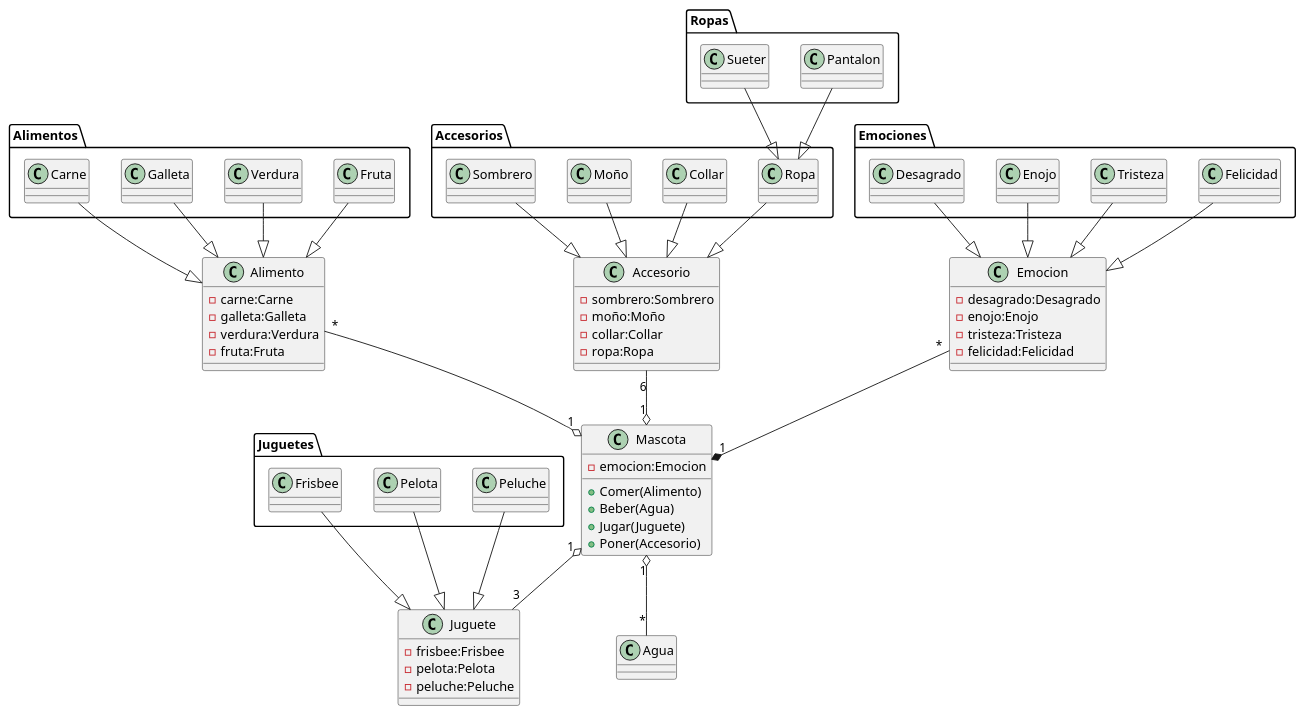
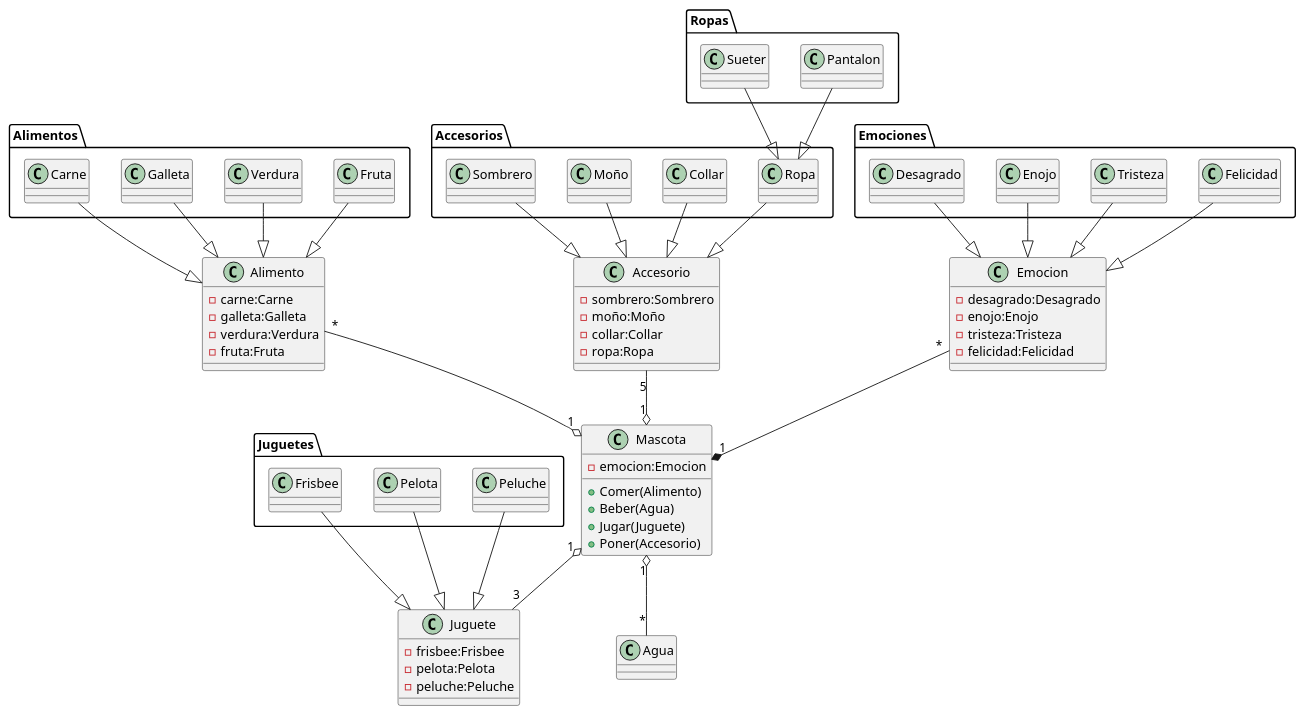
One commit to AAD23110162/Hola-Mundo changed the diagram in docs/mascota.puml. Above: the diagram before and after it, drawn with PlantUML. The commit also changed 2 other files, not shown here.

```diff
--- a/docs/mascota.puml
+++ b/docs/mascota.puml
@@ -1,106 +1,106 @@
 @startuml mascota 
 
 class Mascota
 {
     -emocion:Emocion
     +Comer(Alimento)
     +Beber(Agua)
     +Jugar(Juguete)
     +Poner(Accesorio)
 
 }
 
 class Alimento
 {
     -carne:Carne
     -galleta:Galleta
     -verdura:Verdura
     -fruta:Fruta
 }
 class Juguete
 {
     -frisbee:Frisbee
     -pelota:Pelota
     -peluche:Peluche
 }
 
 class Accesorio
 {
     -sombrero:Sombrero
     -moño:Moño
     -collar:Collar
     -ropa:Ropa
 }
 
 class Emocion
 {
     -desagrado:Desagrado
     -enojo:Enojo
     -tristeza:Tristeza
     -felicidad:Felicidad
 }
 
 package Emociones
 {
     Class Felicidad
     Class Tristeza 
     Class Enojo
     Class Desagrado
 }
 
 package Alimentos
 {
     Class Fruta
     Class Verdura
     class Galleta
     class Carne
 }
 
 package Juguetes
 {
     class Peluche
     class Pelota
     class Frisbee
 }
 
 package Accesorios
 {
     class Ropa
     class Collar
     class Moño
     class Sombrero
 }
 
 Package Ropas
 {
     Class Pantalon 
     Class Sueter 
 }
 
 class Agua
 
 Alimento "*"--o "1" Mascota
 Mascota "1" o-- "3" Juguete
 Carne--|>Alimento
 Pelota--|>Juguete
 
 Pantalon--|>Ropa 
 Sueter--|>Ropa 
 Galleta--|>Alimento
 Fruta--|>Alimento
 Verdura--|>Alimento
 Ropa--|>Accesorio
-Accesorio "6"--o "1" Mascota
+Accesorio "5"--o "1" Mascota
 Emocion "*"--*"1" Mascota
 Enojo--|>Emocion
 Tristeza--|>Emocion
 Felicidad--|>Emocion
 Desagrado--|>Emocion
 Collar--|>Accesorio
 Moño--|>Accesorio
 Sombrero--|>Accesorio
 Peluche--|>Juguete
 Frisbee--|>Juguete
 Mascota "1" o--"*" Agua
 
 @enduml
```
